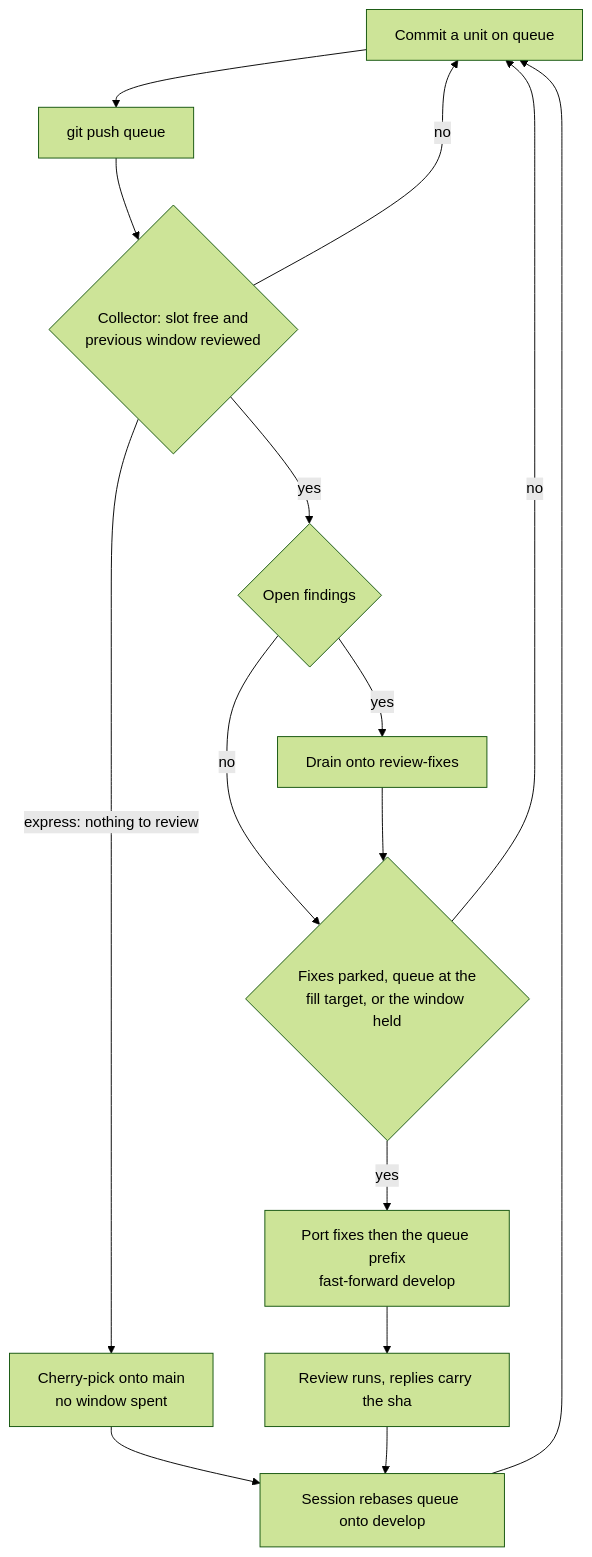
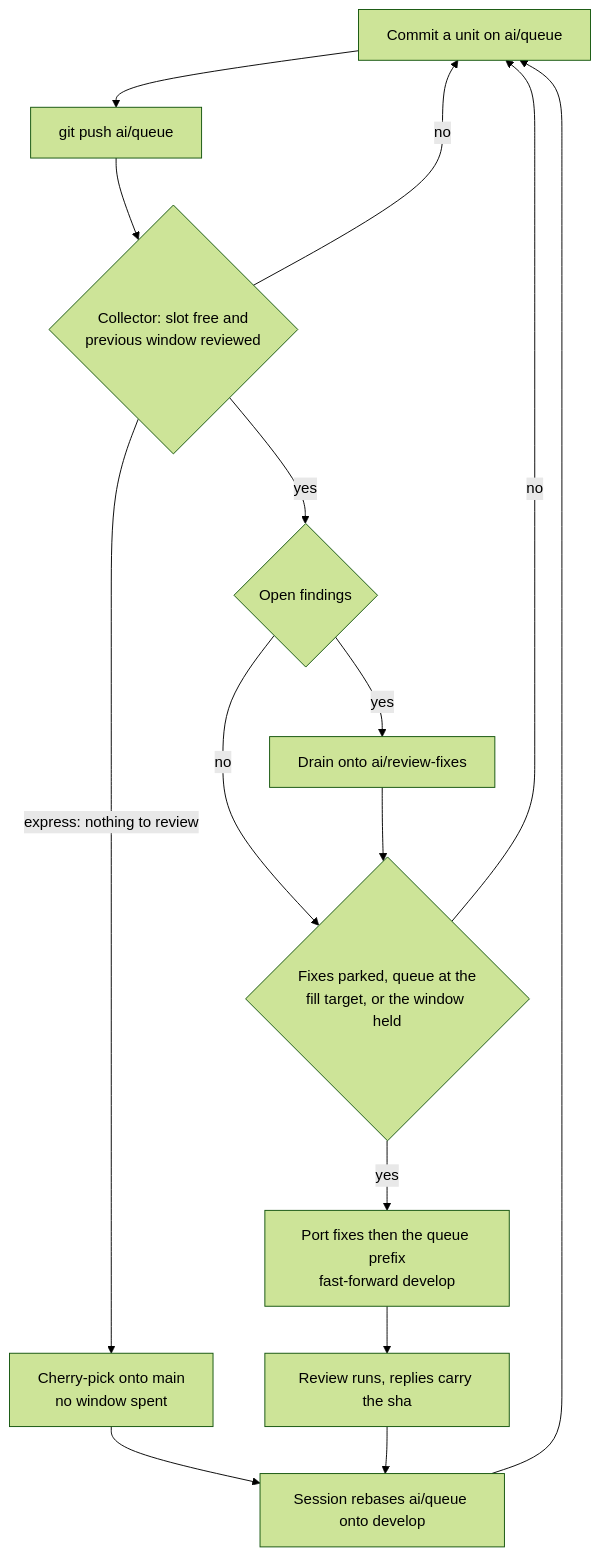
The diagram in .agents/skills/coderabbit/references/pipelining.md (Esposter/Esposter), drawn with Mermaid (forest theme) before and after one commit. The commit also changed other lines of this file and 25 other files, not shown here.

````diff
--- a/.agents/skills/coderabbit/references/pipelining.md
+++ b/.agents/skills/coderabbit/references/pipelining.md
@@ -59,17 +59,17 @@
 ```mermaid
 flowchart TD
-  U[Commit a unit on queue] --> P[git push queue]
+  U[Commit a unit on ai/queue] --> P[git push ai/queue]
   P --> C{Collector: slot free and<br/>previous window reviewed}
   C -->|no| U
   C -->|yes| F{Open findings}
-  F -->|yes| DR[Drain onto review-fixes]
+  F -->|yes| DR[Drain onto ai/review-fixes]
   F -->|no| W
   DR --> W{Fixes parked, queue at the<br/>fill target, or the window held}
   W -->|no| U
   W -->|yes| PU[Port fixes then the queue prefix<br/>fast-forward develop]
   PU --> R[Review runs, replies carry the sha]
   C -->|express: nothing to review| MX[Cherry-pick onto main<br/>no window spent]
   MX --> S
-  R --> S[Session rebases queue onto develop]
+  R --> S[Session rebases ai/queue onto develop]
   S --> U
 ```
````
